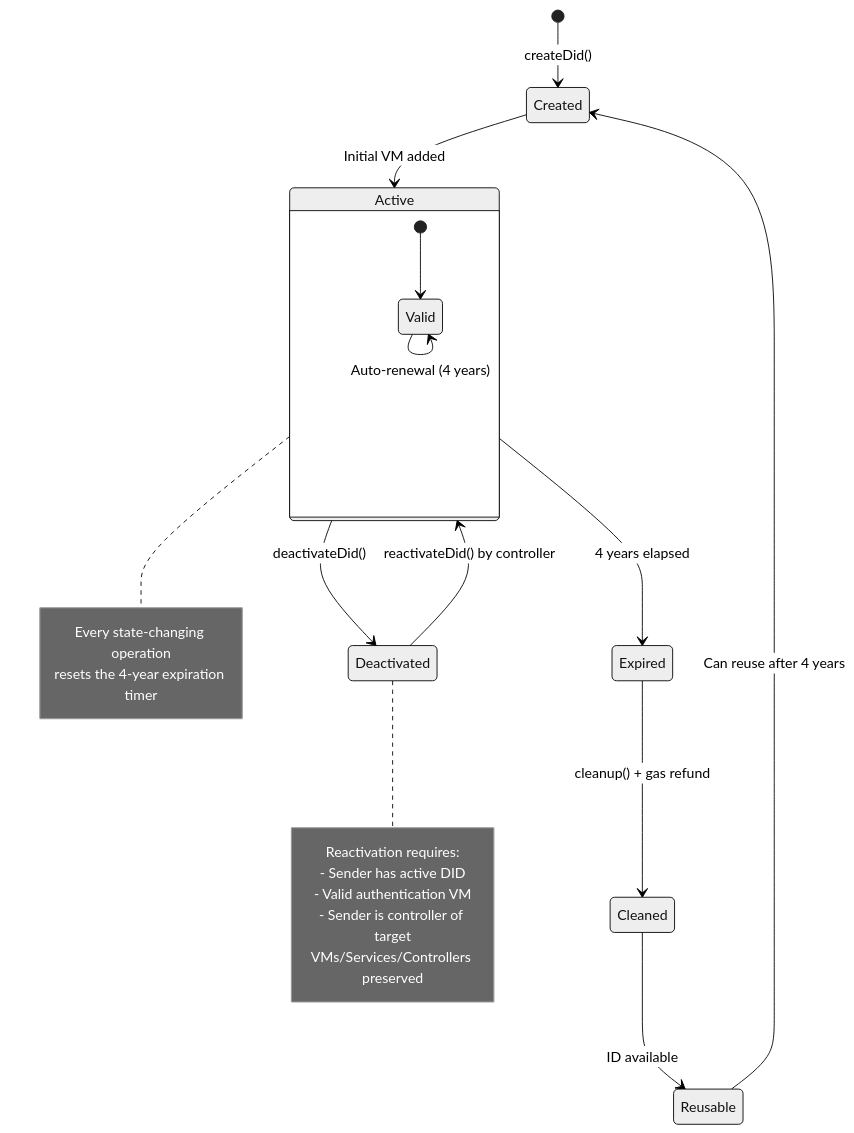
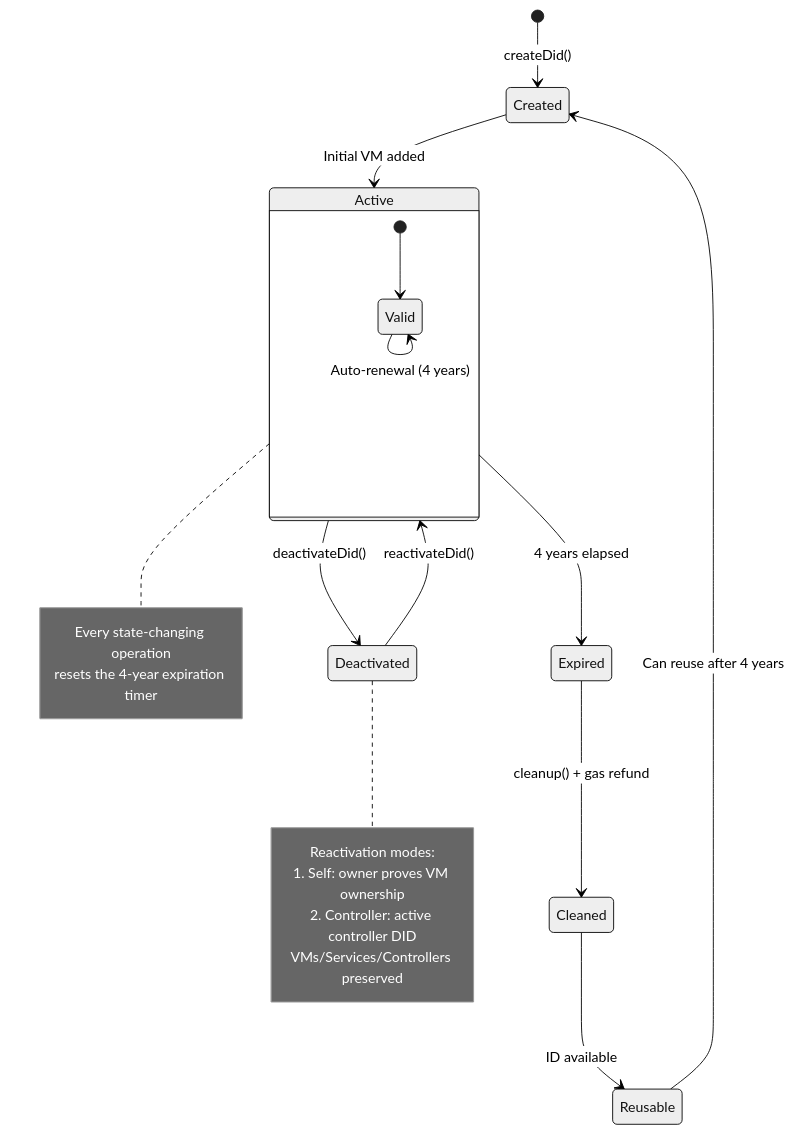
The third of 10 diagrams in PROJECT.md (MiguelLZPF/SSIoBC-did), drawn with Mermaid (neutral theme) before and after one commit. The commit also changed other lines of this file and 19 other files, not shown here.

````diff
--- a/PROJECT.md
+++ b/PROJECT.md
@@ -216,35 +318,34 @@
 ```mermaid
 stateDiagram-v2
     [*] --> Created: createDid()
 
     Created --> Active: Initial VM added
 
     state Active {
         [*] --> Valid
         Valid --> Valid: addVm(), updateService()
         Valid --> Valid: updateController()
         Valid --> Valid: Auto-renewal (4 years)
     }
 
     Active --> Expired: 4 years elapsed
     Active --> Deactivated: deactivateDid()
 
     Expired --> Cleaned: cleanup() + gas refund
     Cleaned --> Reusable: ID available
     Reusable --> Created: Can reuse after 4 years
 
-    Deactivated --> Active: reactivateDid() by controller
+    Deactivated --> Active: reactivateDid()
 
     note right of Active
         Every state-changing operation
         resets the 4-year expiration timer
     end note
 
     note right of Deactivated
-        Reactivation requires:
-        - Sender has active DID
-        - Valid authentication VM
-        - Sender is controller of target
+        Reactivation modes:
+        1. Self: owner proves VM ownership
+        2. Controller: active controller DID
         VMs/Services/Controllers preserved
     end note
 ```
````
